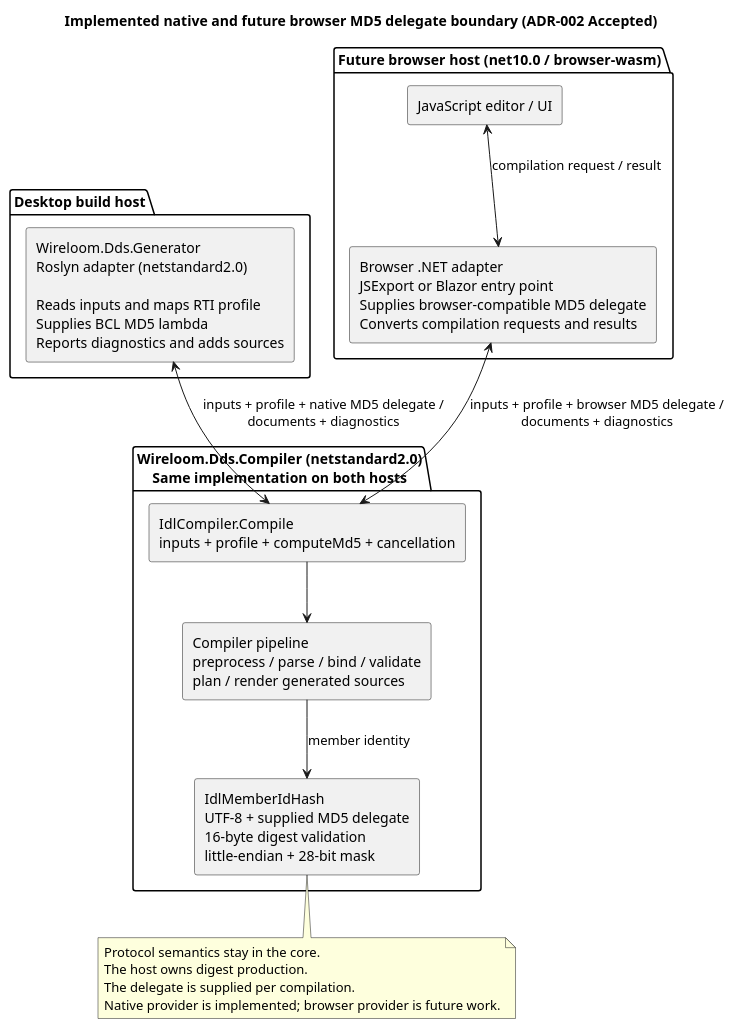
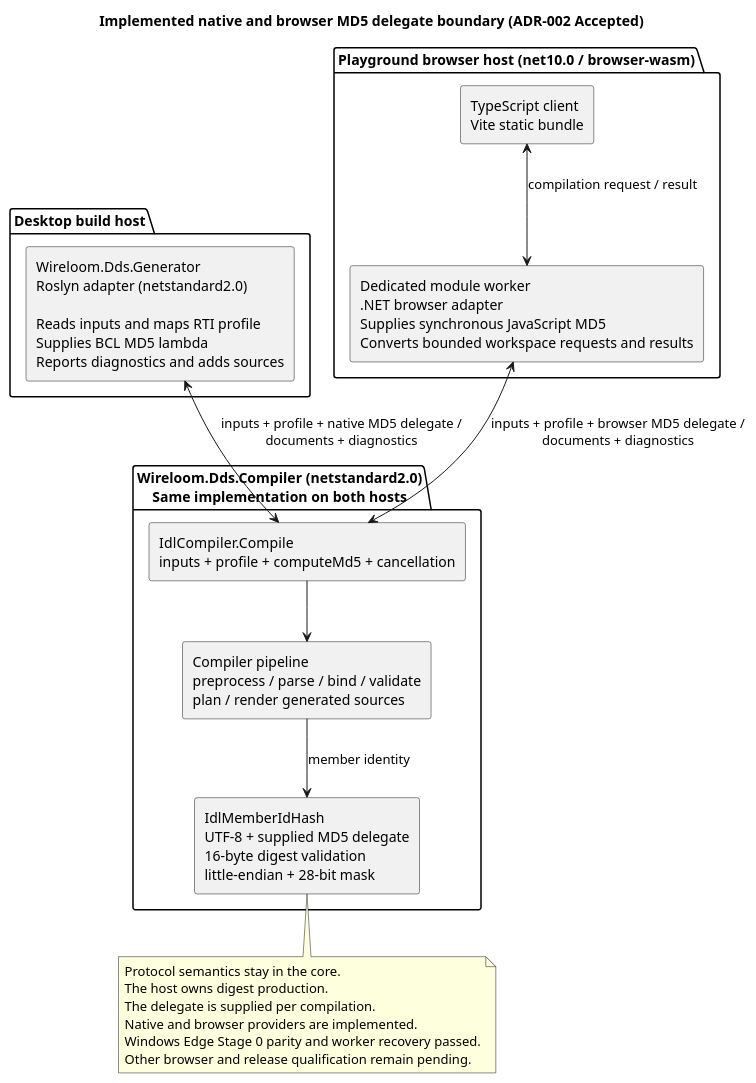
One commit to eNeRGy164/wireloom changed the diagram in docs/architecture/arc42/images/05/browser-compiler-hosts.puml. Above: the diagram before and after it, drawn with PlantUML. The commit also changed 17 other files, not shown here.

Commit message:
Document Browser Playground architecture and evidence

```diff
--- a/docs/architecture/arc42/images/05/browser-compiler-hosts.puml
+++ b/docs/architecture/arc42/images/05/browser-compiler-hosts.puml
@@ -1,33 +1,35 @@
 @startuml
-title Implemented native and future browser MD5 delegate boundary (ADR-002 Accepted)
+title Implemented native and browser MD5 delegate boundary (ADR-002 Accepted)
 skinparam componentStyle rectangle
 
 package "Desktop build host" {
   rectangle "Wireloom.Dds.Generator\nRoslyn adapter (netstandard2.0)\n\nReads inputs and maps RTI profile\nSupplies BCL MD5 lambda\nReports diagnostics and adds sources" as roslyn
 }
 
-package "Future browser host (net10.0 / browser-wasm)" {
-  rectangle "JavaScript editor / UI" as ui
-  rectangle "Browser .NET adapter\nJSExport or Blazor entry point\nSupplies browser-compatible MD5 delegate\nConverts compilation requests and results" as browser
+package "Playground browser host (net10.0 / browser-wasm)" {
+  rectangle "TypeScript client\nVite static bundle" as ui
+  rectangle "Dedicated module worker\n.NET browser adapter\nSupplies synchronous JavaScript MD5\nConverts bounded workspace requests and results" as browser
   ui <--> browser : compilation request / result
 }
 
 package "Wireloom.Dds.Compiler (netstandard2.0)\nSame implementation on both hosts" {
   rectangle "IdlCompiler.Compile\ninputs + profile + computeMd5 + cancellation" as api
   rectangle "Compiler pipeline\npreprocess / parse / bind / validate\nplan / render generated sources" as pipeline
   rectangle "IdlMemberIdHash\nUTF-8 + supplied MD5 delegate\n16-byte digest validation\nlittle-endian + 28-bit mask" as hash
 }
 
 roslyn <--> api : inputs + profile + native MD5 delegate /\ndocuments + diagnostics
 browser <--> api : inputs + profile + browser MD5 delegate /\ndocuments + diagnostics
 api --> pipeline
 pipeline --> hash : member identity
 
 note bottom of hash
   Protocol semantics stay in the core.
   The host owns digest production.
   The delegate is supplied per compilation.
-  Native provider is implemented; browser provider is future work.
+  Native and browser providers are implemented.
+  Windows Edge Stage 0 parity and worker recovery passed.
+  Other browser and release qualification remain pending.
 end note
 
 @enduml
```
